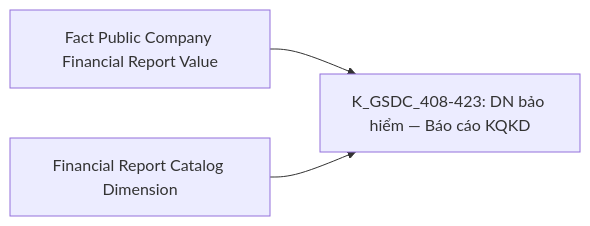
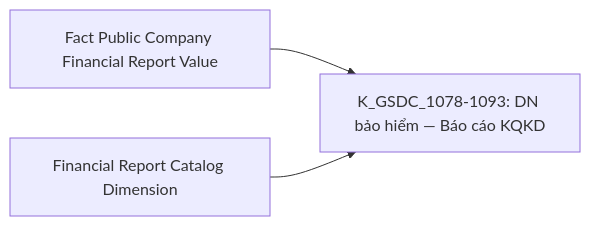
Diagram 40 of 55 in Datamart/hld/DTM_GSDC_HLD.md (linhlvit/ubck_atomic_design), drawn with Mermaid before and after one commit. The commit also changed other lines of this file and 2 other files, not shown here.

Commit message:
update GSDC

````diff
--- a/Datamart/hld/DTM_GSDC_HLD.md
+++ b/Datamart/hld/DTM_GSDC_HLD.md
@@ -2146,5 +2153,5 @@
 ```mermaid
 flowchart LR
-    fct_pc_fr_val_g24["Fact Public Company Financial Report Value"] --> R24["K_GSDC_408-423: DN bảo hiểm — Báo cáo KQKD"]
+    fct_pc_fr_val_g24["Fact Public Company Financial Report Value"] --> R24["K_GSDC_1078-1093: DN bảo hiểm — Báo cáo KQKD"]
     financial_rpt_catalog_dim_g24["Financial Report Catalog Dimension"] --> R24
 ```
````
